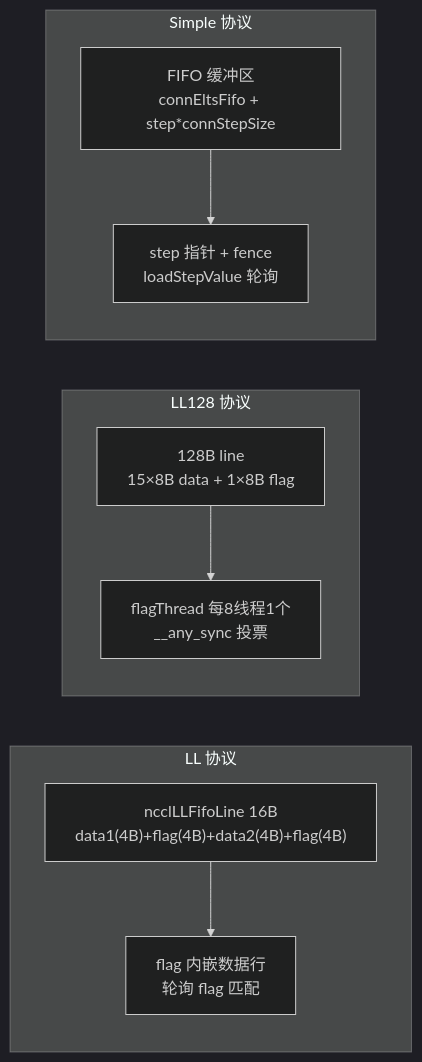
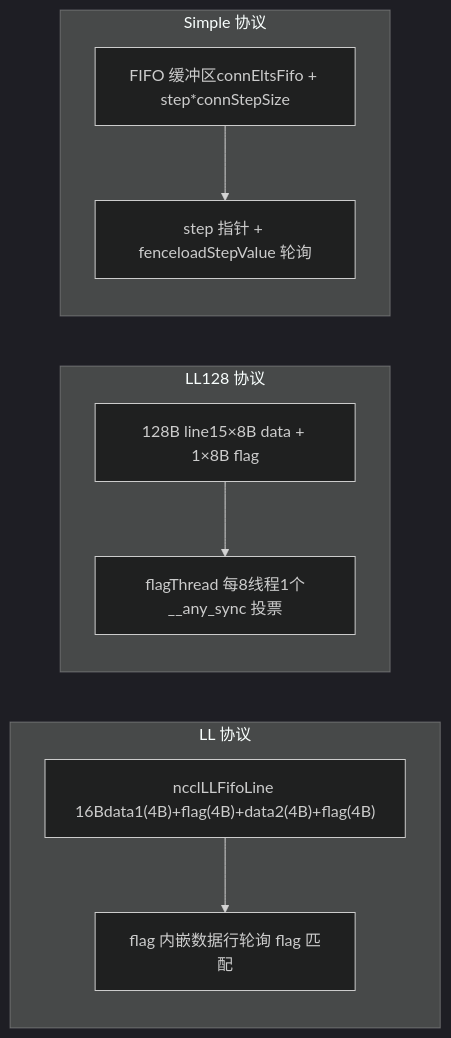
Before and after one commit to maleRjc/AiReadCodeBooks: the second of 2 diagrams in books/nccl/en/09-device-primitives-ll-ll128-simple.md, drawn with Mermaid (dark theme). The commit also changed other lines of this file and 80 other files, not shown here.

````diff
--- a/books/nccl/en/09-device-primitives-ll-ll128-simple.md
+++ b/books/nccl/en/09-device-primitives-ll-ll128-simple.md
@@ -269,18 +97,18 @@
 ```mermaid
 flowchart LR
     subgraph LL["LL 协议"]
-        ll_data["ncclLLFifoLine 16B<br/>data1(4B)+flag(4B)+data2(4B)+flag(4B)"]
-        ll_sync["flag 内嵌数据行<br/>轮询 flag 匹配"]
+        ll_data["ncclLLFifoLine 16Bdata1(4B)+flag(4B)+data2(4B)+flag(4B)"]
+        ll_sync["flag 内嵌数据行轮询 flag 匹配"]
     end
     subgraph LL128["LL128 协议"]
-        ll128_data["128B line<br/>15×8B data + 1×8B flag"]
-        ll128_sync["flagThread 每8线程1个<br/>__any_sync 投票"]
+        ll128_data["128B line15×8B data + 1×8B flag"]
+        ll128_sync["flagThread 每8线程1个__any_sync 投票"]
     end
     subgraph Simple["Simple 协议"]
-        simple_data["FIFO 缓冲区<br/>connEltsFifo + step*connStepSize"]
-        simple_sync["step 指针 + fence<br/>loadStepValue 轮询"]
+        simple_data["FIFO 缓冲区connEltsFifo + step*connStepSize"]
+        simple_sync["step 指针 + fenceloadStepValue 轮询"]
     end
     ll_data --> ll_sync
     ll128_data --> ll128_sync
     simple_data --> simple_sync
 ```
````
